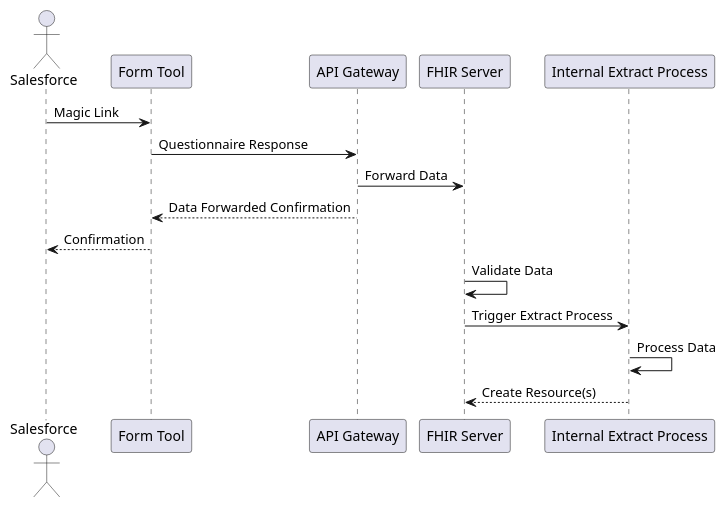
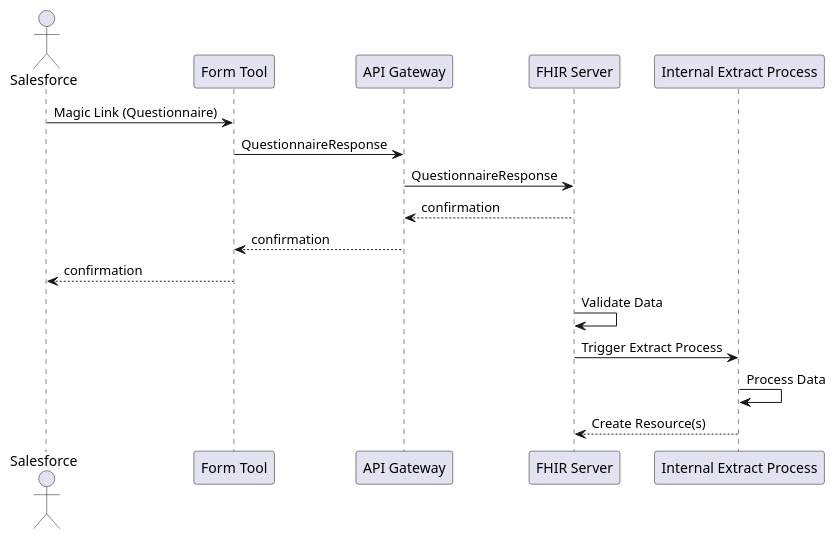
One commit to tewhatuora/fhir-patient-questionnaires changed the diagram in input/images-source/1.questionnaire-extract.plantuml. Above: the diagram before and after it, drawn with PlantUML. The commit also changed 3 other files, not shown here.

```diff
--- a/input/images-source/1.questionnaire-extract.plantuml
+++ b/input/images-source/1.questionnaire-extract.plantuml
@@ -1,24 +1,25 @@
 @startuml
 
 actor Salesforce
-participant "Form Tool"
-participant "API Gateway"
-participant "FHIR Server"
+participant "Form Tool" as UI
+participant "API Gateway" as GW
+participant "FHIR Server" as FHIR
 participant "Internal Extract Process" as Extract
 
-Salesforce -> "Form Tool" : Magic Link
-"Form Tool" -> "API Gateway" : Questionnaire Response
-"API Gateway" -> "FHIR Server" : Forward Data
+Salesforce -> UI : Magic Link (Questionnaire)
+UI -> GW : QuestionnaireResponse
+GW -> FHIR : QuestionnaireResponse
 
 ' Immediate confirmation back to Salesforce
-"API Gateway" --> "Form Tool" : Data Forwarded Confirmation
-"Form Tool" --> Salesforce : Confirmation
+FHIR --> GW : confirmation
+GW --> UI : confirmation
+UI --> Salesforce : confirmation
 
-"FHIR Server" -> "FHIR Server" : Validate Data
+FHIR -> FHIR : Validate Data
 
 ' Asynchronous extract process
-"FHIR Server" -> Extract : Trigger Extract Process
+FHIR -> Extract : Trigger Extract Process
 Extract -> Extract : Process Data
-Extract --> "FHIR Server" : Create Resource(s)
+Extract --> FHIR : Create Resource(s)
 
 @enduml
```
